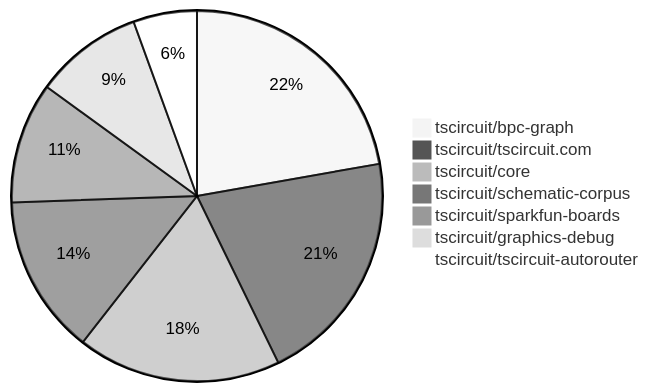
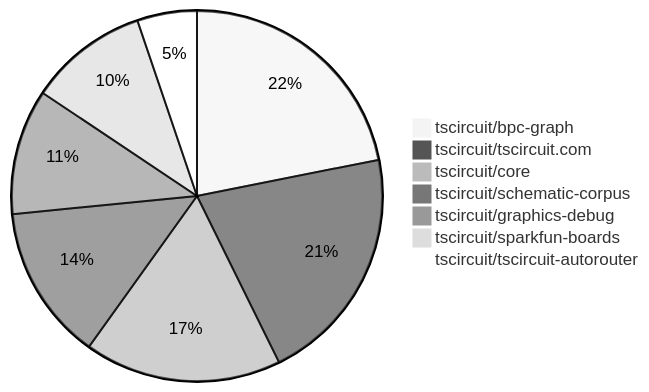
The second of 2 diagrams in README.md (tscircuit/contribution-tracker), drawn with Mermaid (neutral theme) before and after one commit. The commit also changed other lines of this file and 7 other files, not shown here.

````diff
--- a/README.md
+++ b/README.md
@@ -165,10 +165,10 @@
 ```mermaid
 pie
-    "tscircuit/bpc-graph" : 40
-    "tscircuit/tscircuit.com" : 37
-    "tscircuit/core" : 32
-    "tscircuit/schematic-corpus" : 25
-    "tscircuit/sparkfun-boards" : 19
-    "tscircuit/graphics-debug" : 17
+    "tscircuit/bpc-graph" : 42
+    "tscircuit/tscircuit.com" : 40
+    "tscircuit/core" : 33
+    "tscircuit/schematic-corpus" : 26
+    "tscircuit/graphics-debug" : 21
+    "tscircuit/sparkfun-boards" : 20
     "tscircuit/tscircuit-autorouter" : 10
 ```
````
